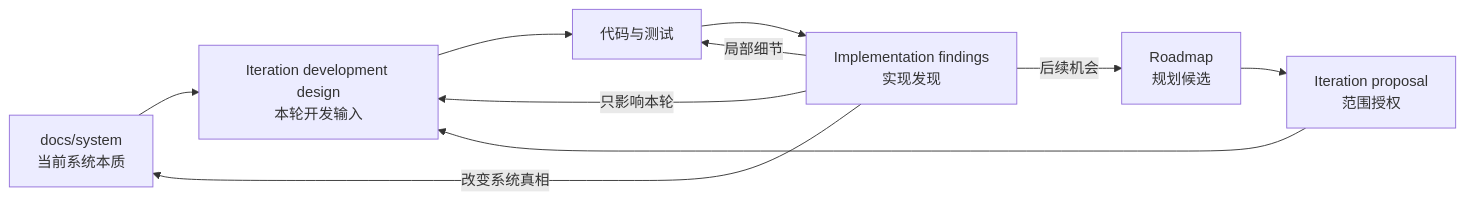
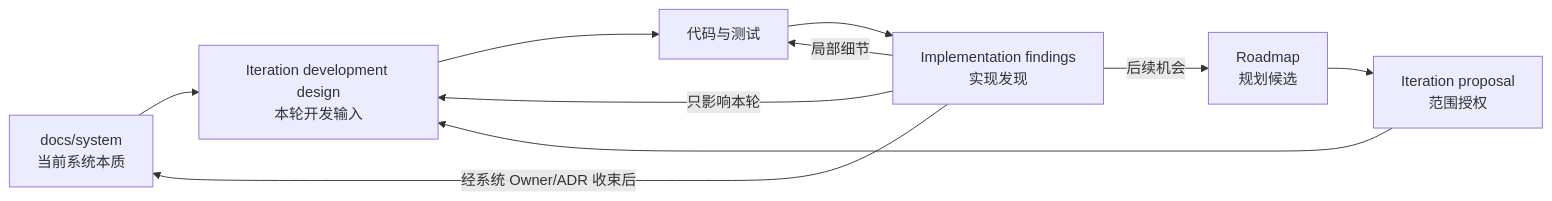
One commit to baitianxia/software-world-model changed the diagram in docs/README.md. Above: the diagram before and after it, drawn with Mermaid. The commit also changed other lines of this file and 83 other files, not shown here.

````diff
--- a/docs/README.md
+++ b/docs/README.md
@@ -5,12 +5,12 @@
 ```mermaid
 flowchart LR
     S["docs/system\n当前系统本质"] --> I["Iteration development design\n本轮开发输入"]
     R["Roadmap\n规划候选"] --> P["Iteration proposal\n范围授权"]
     P --> I
     I --> C["代码与测试"]
     C --> F["Implementation findings\n实现发现"]
-    F -->|改变系统真相| S
+    F -->|经系统 Owner/ADR 收束后| S
     F -->|只影响本轮| I
     F -->|后续机会| R
     F -->|局部细节| C
 ```
````
